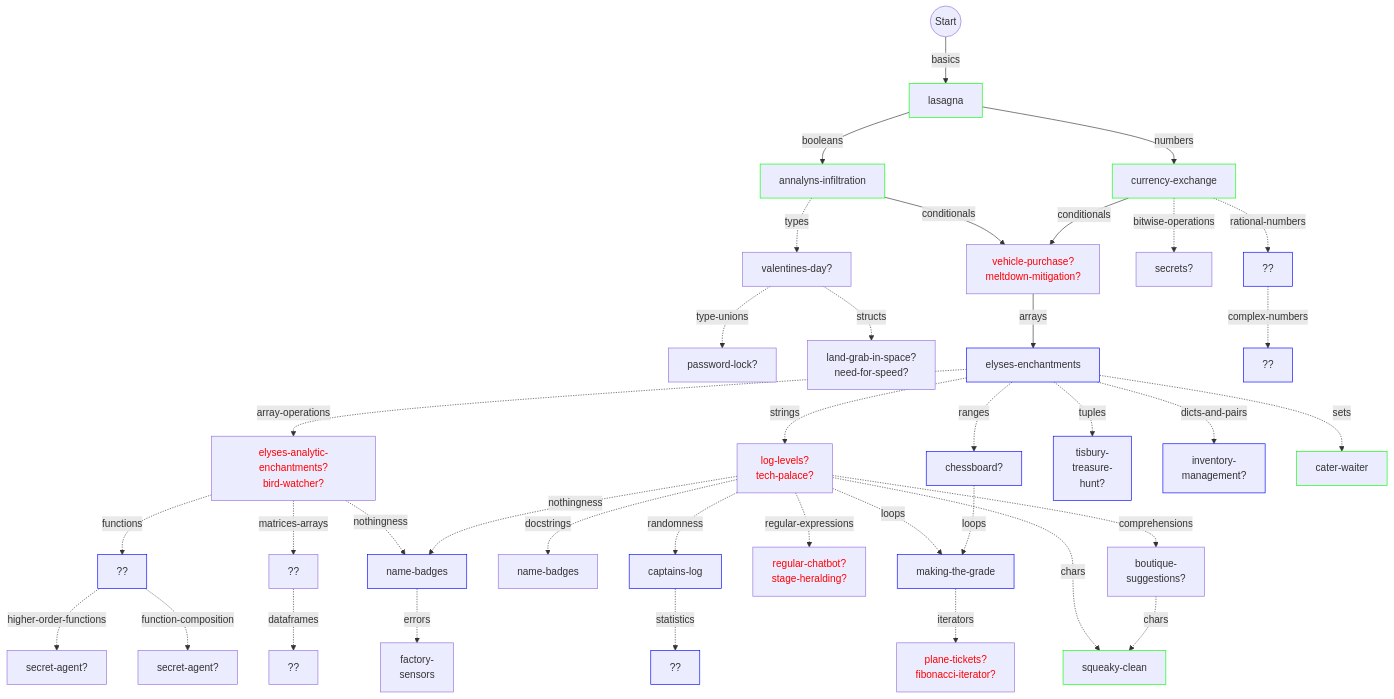
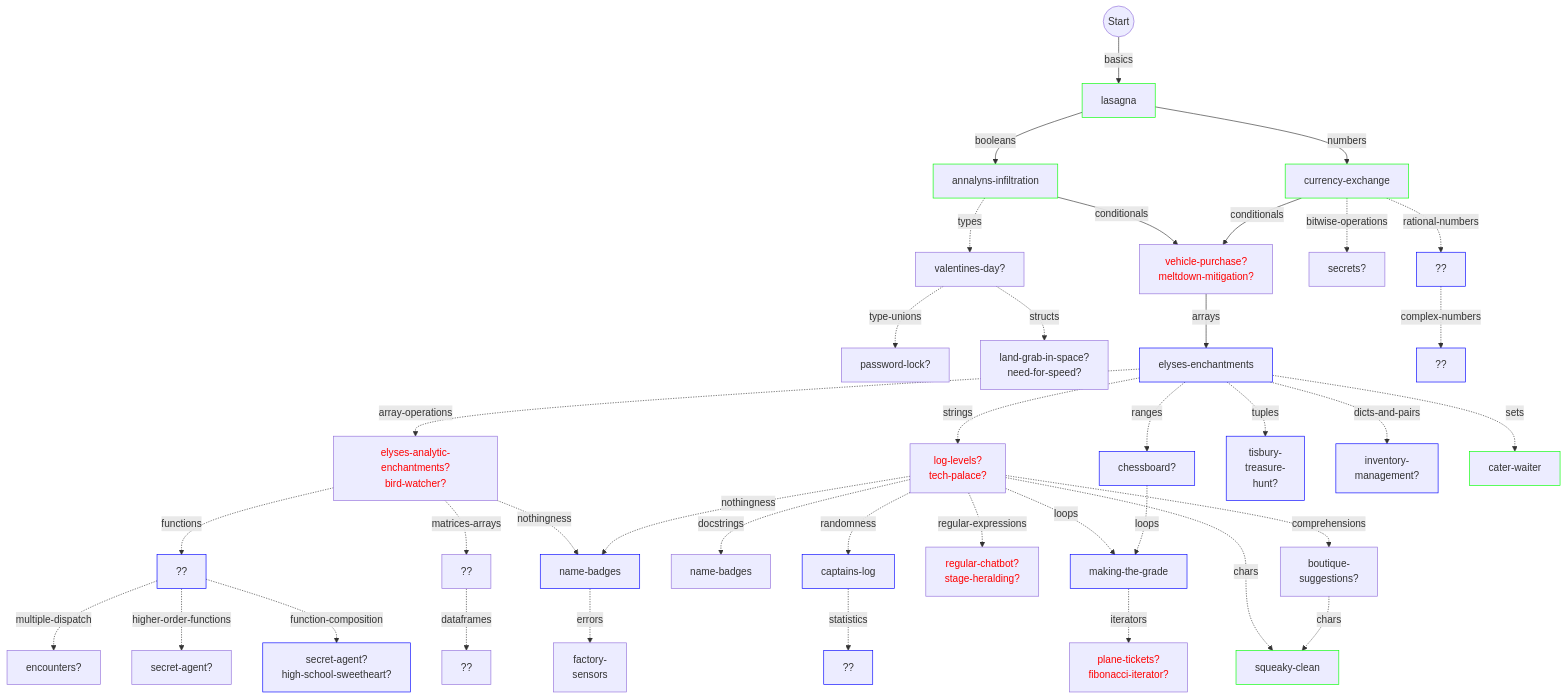
One commit to colinleach/learning-track-doodles changed the diagram in julia/flowchart.md. Above: the diagram before and after it, drawn with Mermaid.

Commit message:
extended flowchart

```diff
--- a/julia/flowchart.md
+++ b/julia/flowchart.md
@@ -119,11 +119,14 @@
 %% arrays -.broadcasting.-> broadcasting["??"]
 %% %% style broadcasting fill:#f00,color:#fff
 
-functions -.function-composition.-> function-composition["secret-agent?"]
-%% style function-composition fill:#f00,color:#fff
+functions -.function-composition.-> function-composition["secret-agent?<br/>high-school-sweetheart?"]
+style function-composition stroke:#00f
 
 functions -.higher-order-functions.-> higher-order-functions["secret-agent?"]
 %% style higher-order-functions fill:#f00,color:#fff
+
+functions -.multiple-dispatch.-> multiple-dispatch["encounters?"]
+%% style multiple-dispatch fill:#f00,color:#fff
 
 nothingness -.errors.-> errors["factory-<br/>sensors "]
 
```
